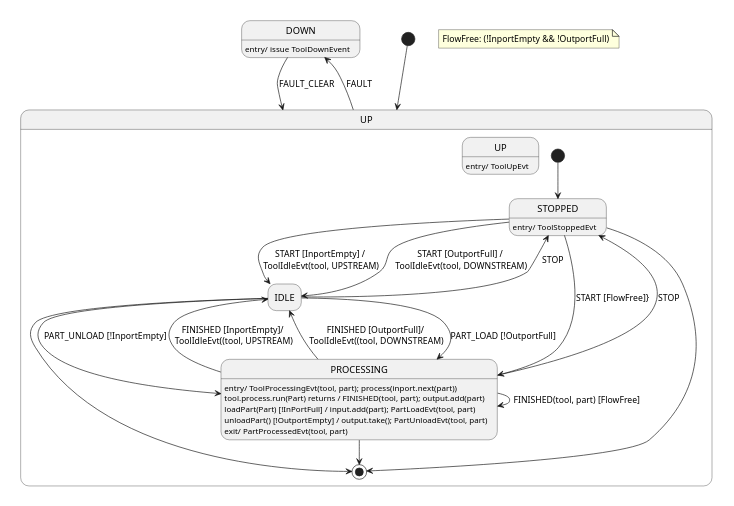
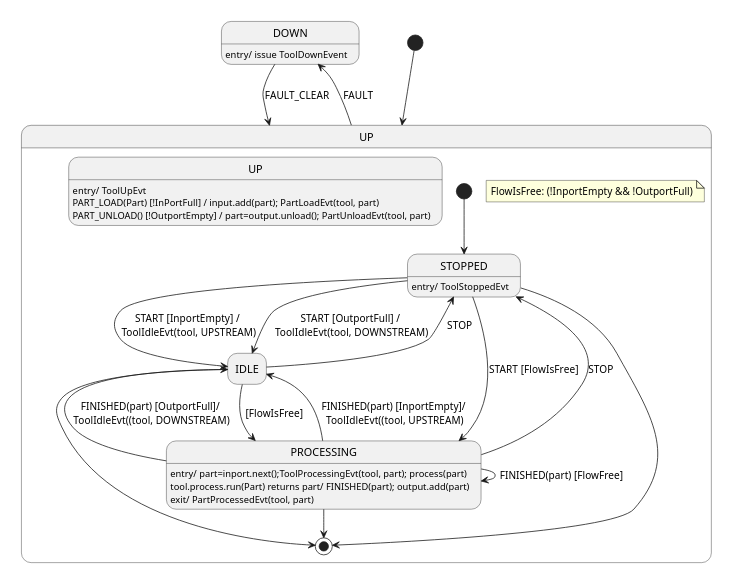
Before and after one commit to onouv/mes-tool-mock-srv: the diagram in doc/domain/tool.state.puml, drawn with PlantUML. The commit also changed 4 other files, not shown here.

```diff
--- a/doc/domain/tool.state.puml
+++ b/doc/domain/tool.state.puml
@@ -1,44 +1,47 @@
 @startuml
 'https://plantuml.com/state-diagram
 
 scale 350 width
 
 hide empty description
 state DOWN : entry/ issue ToolDownEvent
 
 [*] --> UP
 UP --> DOWN: FAULT
 DOWN --> UP: FAULT_CLEAR
 state UP {
     state UP: entry/ ToolUpEvt
+    state UP: PART_LOAD(Part) [!InPortFull] / input.add(part); PartLoadEvt(tool, part)
+    state UP: PART_UNLOAD() [!OutportEmpty] / part=output.unload(); PartUnloadEvt(tool, part)
     state STOPPED: entry/ ToolStoppedEvt
     state IDLE
-    state PROCESSING: entry/ ToolProcessingEvt(tool, part); process(inport.next(part))
-    state PROCESSING: tool.process.run(Part) returns / FINISHED(tool, part); output.add(part)
-    state PROCESSING: loadPart(Part) [!InPortFull] / input.add(part); PartLoadEvt(tool, part)
-    state PROCESSING: unloadPart() [!OutportEmpty] / output.take(); PartUnloadEvt(tool, part)
+    state PROCESSING: entry/ part=inport.next();ToolProcessingEvt(tool, part); process(part)
+    state PROCESSING: tool.process.run(Part) returns part/ FINISHED(part); output.add(part)
+
     state PROCESSING: exit/ PartProcessedEvt(tool, part)
 
     [*] --> STOPPED
     STOPPED --> IDLE: START [InportEmpty] / \nToolIdleEvt(tool, UPSTREAM)
     STOPPED --> IDLE: START [OutportFull] / \nToolIdleEvt(tool, DOWNSTREAM)
 
-    STOPPED --> PROCESSING: START [FlowFree]}
-    PROCESSING --> PROCESSING: FINISHED(tool, part) [FlowFree]
-    PROCESSING --> IDLE: FINISHED [InportEmpty]/ \nToolIdleEvt((tool, UPSTREAM)
-    PROCESSING --> IDLE: FINISHED [OutportFull]/ \nToolIdleEvt((tool, DOWNSTREAM)
-    IDLE --> PROCESSING: PART_LOAD [!OutportFull]
-    IDLE --> PROCESSING: PART_UNLOAD [!InportEmpty]
+    STOPPED --> PROCESSING: START [FlowIsFree]
+    PROCESSING --> PROCESSING: FINISHED(part) [FlowFree]
+    PROCESSING --> IDLE: FINISHED(part) [InportEmpty]/ \nToolIdleEvt((tool, UPSTREAM)
+    PROCESSING --> IDLE: FINISHED(part) [OutportFull]/ \nToolIdleEvt((tool, DOWNSTREAM)
+    IDLE --> PROCESSING: [FlowIsFree]
+
 
     IDLE --> STOPPED: STOP
     PROCESSING --> STOPPED: STOP
 
     STOPPED --> [*]
     IDLE --> [*]
     PROCESSING --> [*]
 
+    note as T
+        FlowIsFree: (!InportEmpty && !OutportFull)
+    end note
+
 }
-note as T
-    FlowFree: (!InportEmpty && !OutportFull)
-end note
+
 @enduml
```
